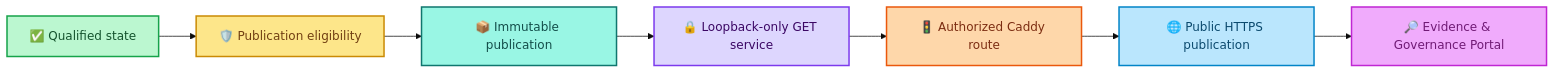
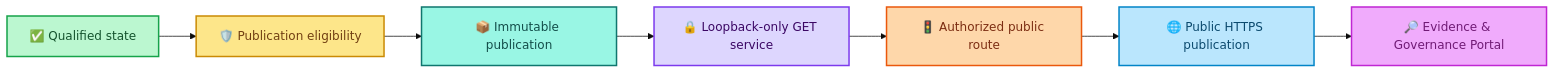
One commit to kiddstechnical/ALLIS-Artificial-Learning-and-Location-Intelligence-System changed the fifth of 9 diagrams in CURRENT.md. Above: the diagram before and after it, drawn with Mermaid (base theme). The commit also changed other lines of this file, not shown here.

````diff
--- a/CURRENT.md
+++ b/CURRENT.md
@@ -405,20 +354,20 @@
 ```mermaid
 flowchart LR
     A["✅ Qualified state"]:::q
     B["🛡️ Publication eligibility"]:::e
     C["📦 Immutable publication"]:::p
     D["🔒 Loopback-only GET service"]:::l
-    E["🚦 Authorized Caddy route"]:::c
+    E["🚦 Authorized public route"]:::c
     F["🌐 Public HTTPS publication"]:::h
     G["🔎 Evidence & Governance Portal"]:::g
 
     A --> B --> C --> D --> E --> F --> G
 
     classDef q fill:#bbf7d0,stroke:#16a34a,color:#14532d,stroke-width:2px;
     classDef e fill:#fde68a,stroke:#ca8a04,color:#713f12,stroke-width:2px;
     classDef p fill:#99f6e4,stroke:#0f766e,color:#134e4a,stroke-width:2px;
     classDef l fill:#ddd6fe,stroke:#7c3aed,color:#3b0764,stroke-width:2px;
     classDef c fill:#fed7aa,stroke:#ea580c,color:#7c2d12,stroke-width:2px;
     classDef h fill:#bae6fd,stroke:#0284c7,color:#0c4a6e,stroke-width:2px;
     classDef g fill:#f0abfc,stroke:#c026d3,color:#701a75,stroke-width:2px;
 ```
````
